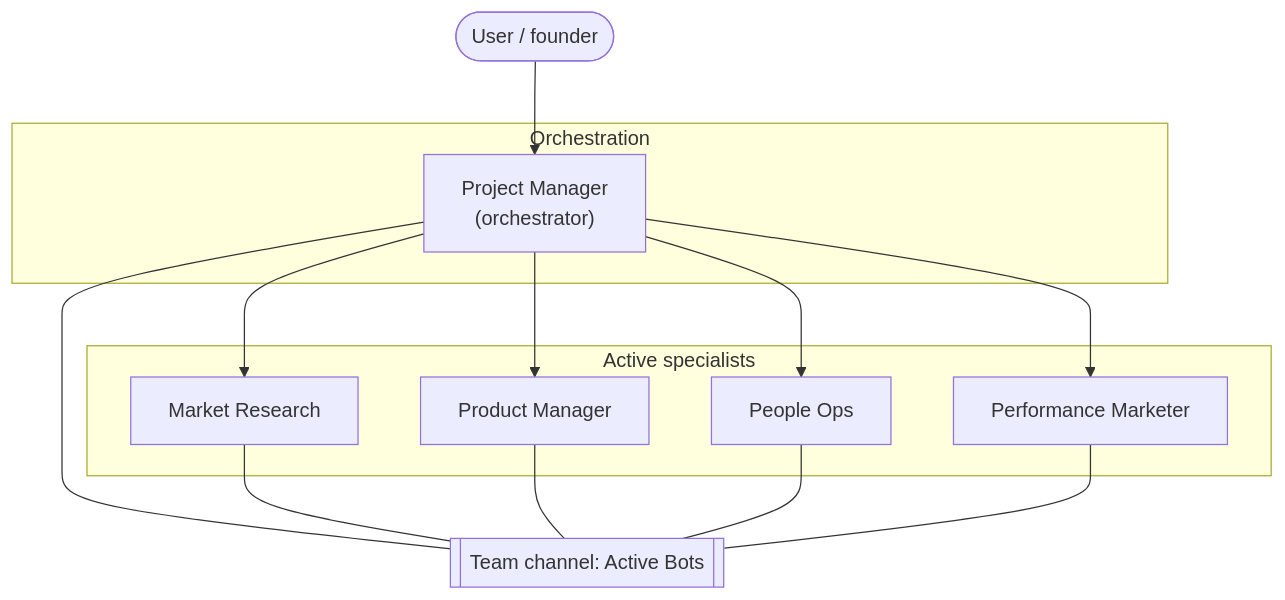
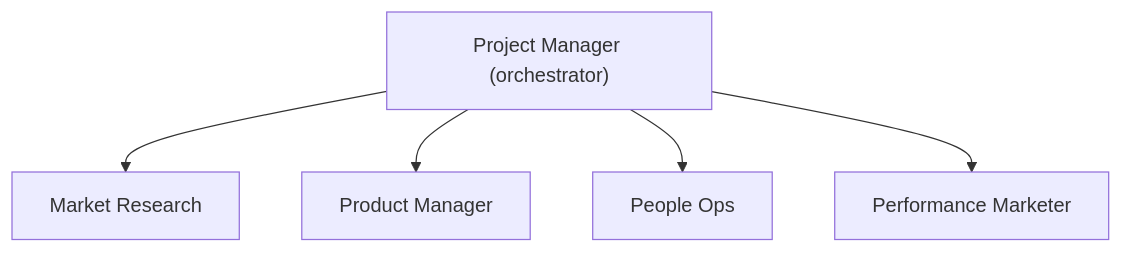
The diagram in charts/company-os/README.md (serenakeyitan/agent-org-chart), drawn with Mermaid before and after one commit. The commit also changed other lines of this file and 2 other files, not shown here.

Commit message:
ASCII org chart: roles only (drop founder and Active Bots nodes)

````diff
--- a/charts/company-os/README.md
+++ b/charts/company-os/README.md
@@ -43,28 +37,12 @@
 ```mermaid
 flowchart TB
-  User([User / founder])
-
-  subgraph Orchestration
-    PM["Project Manager<br/>(orchestrator)"]
-  end
-
-  subgraph Specialists["Active specialists"]
-    MR["Market Research"]
-    Prod["Product Manager"]
-    PO["People Ops"]
-    Perf["Performance Marketer"]
-  end
-
-  Channel[["Team channel: Active Bots"]]
-
-  User --> PM
+  PM["Project Manager (orchestrator)"]
+  MR[Market Research]
+  Prod[Product Manager]
+  PO[People Ops]
+  Perf[Performance Marketer]
   PM --> MR
   PM --> Prod
   PM --> PO
   PM --> Perf
-  PM --- Channel
-  MR --- Channel
-  Prod --- Channel
-  PO --- Channel
-  Perf --- Channel
 ```
````
